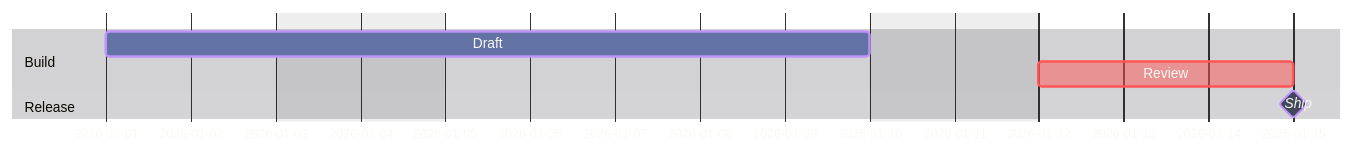
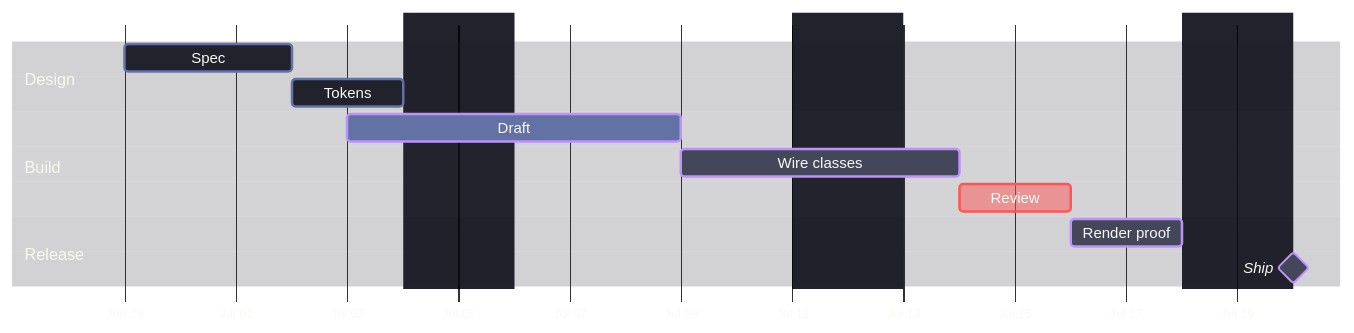
One commit to bsamiee/Rasm changed the tenth of 25 diagrams in .claude/skills/mermaid-diagramming/references/syntax-extended.md. Above: the diagram before and after it, drawn with Mermaid. The commit also changed other lines of this file and 56 other files, not shown here.

````diff
--- a/.claude/skills/mermaid-diagramming/references/syntax-extended.md
+++ b/.claude/skills/mermaid-diagramming/references/syntax-extended.md
@@ -334,35 +516,59 @@
 ```mermaid
 ---
 config:
   theme: base
   look: classic
+  gantt:
+    fontSize: 12
+    sectionFontSize: 13
+    barHeight: 22
+    barGap: 6
+    topPadding: 60
+    leftPadding: 90
   themeVariables:
     darkMode: true
     fontFamily: "SF Mono, Menlo, Cascadia Mono, Segoe UI Mono, Consolas, monospace"
     useGradient: false
     dropShadow: "none"
     textColor: "#F8F8F2"
+    titleColor: "#F8F8F2"
+    taskTextColor: "#F8F8F2"
     taskTextOutsideColor: "#F8F8F2"
+    taskTextDarkColor: "#F8F8F2"
     gridColor: "#6272A4"
+    excludeBkgColor: "#21222C"
     sectionBkgColor: "#21222C"
+    sectionBkgColor2: "#21222C"
     altSectionBkgColor: "#282A36"
     taskBkgColor: "#44475A"
     taskBorderColor: "#BD93F9"
     activeTaskBkgColor: "#6272A4"
     activeTaskBorderColor: "#BD93F9"
+    doneTaskBkgColor: "#21222C"
+    doneTaskBorderColor: "#6272A4"
     critBkgColor: "#FF555580"
     critBorderColor: "#FF5555"
     todayLineColor: "#FF79C6"
-  themeCSS: ".sectionTitle{font-size:12px;font-weight:600}.taskText,.taskTextOutsideRight,.taskTextOutsideLeft{font-size:12px}"
+    vertLineColor: "#8BE9FD"
+  themeCSS: ".sectionTitle{font-size:13.5px;font-weight:700;fill:#D6BCFA}.taskText,.taskTextOutsideRight,.taskTextOutsideLeft{font-size:12px}.grid .tick text{font-size:11px}"
 ---
 gantt
-  accTitle: Schedule demo
-  accDescr: A draft-review-ship chain with an active task, a critical review, and a milestone.
+  accTitle: Release schedule
+  accDescr: Design, build, and release phases with an active draft, a critical review, and a tagged ship milestone.
   dateFormat YYYY-MM-DD
+  axisFormat %b %d
+  tickInterval 2day
+  weekday monday
   excludes weekends
+  todayMarker stroke-width:2px,stroke:#FF79C6,opacity:0.55
+  section Design
+  Spec :done, s1, 2026-06-29, 3d
+  Tokens :done, s2, after s1, 2d
   section Build
-  Draft :active, a, 2026-01-01, 7d
-  Review :crit, b, after a, 3d
+  Draft :active, b1, 2026-07-03, 4d
+  Wire classes :b2, after b1, 3d
+  Review :crit, b3, after b2, 2d
   section Release
-  Ship :milestone, m, after b, 0d
+  Render proof :r1, after b3, 2d
+  Ship :milestone, m1, after r1, 0d
 ```
````
